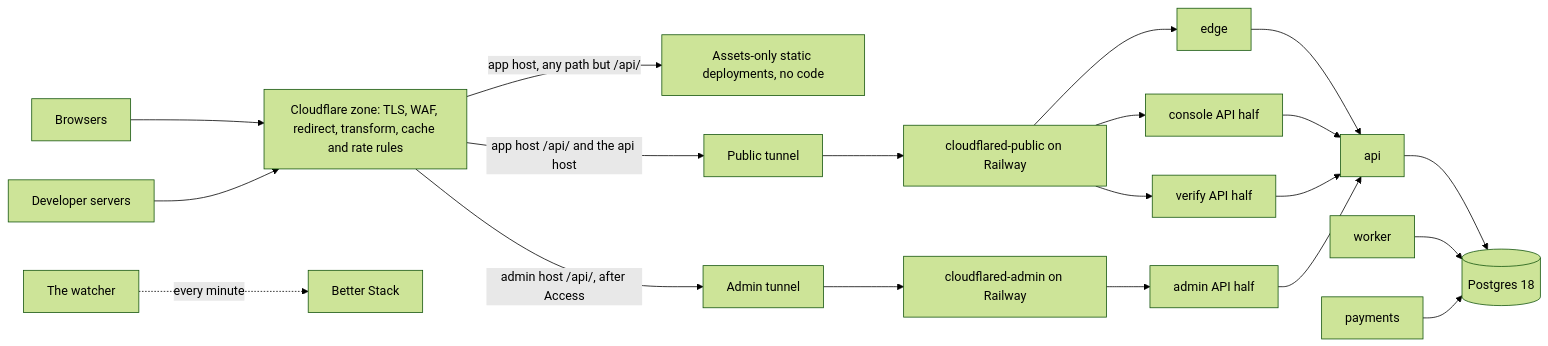
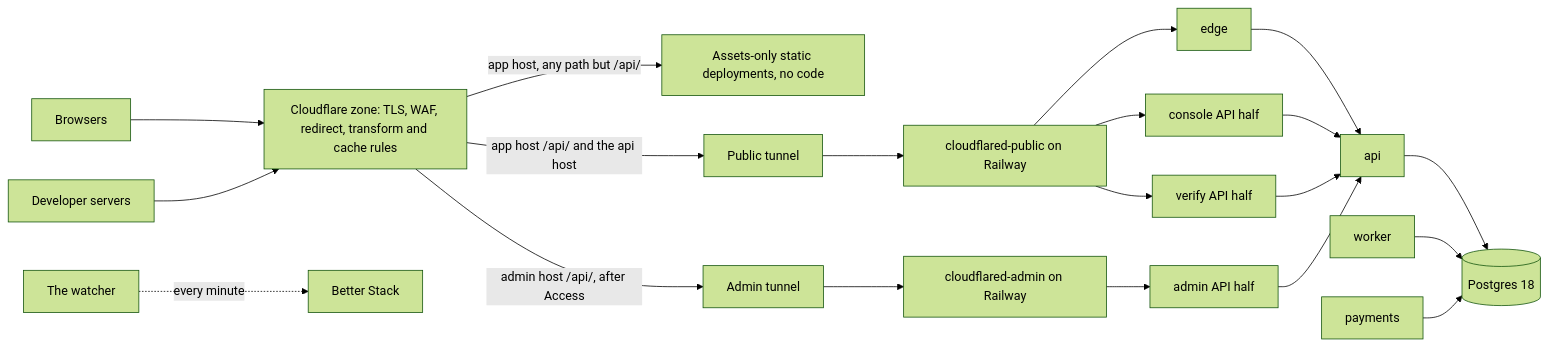
Before and after one commit to AktharAzif/fin-next: the diagram in docs/plan/specs/01-phase0-platform.md, drawn with Mermaid (forest theme). The commit also changed other lines of this file and 13 other files, not shown here.

````diff
--- a/docs/plan/specs/01-phase0-platform.md
+++ b/docs/plan/specs/01-phase0-platform.md
@@ -147,22 +183,22 @@
 ```mermaid
 flowchart LR
-  BRW["Browsers"] --> ZONE["Cloudflare zone: TLS, WAF, redirect, transform, cache and rate rules"]
+  BRW["Browsers"] --> ZONE["Cloudflare zone: TLS, WAF, redirect, transform and cache rules"]
   DEV["Developer servers"] --> ZONE
   ZONE -->|"app host, any path but /api/"| STATIC["Assets-only static deployments, no code"]
   ZONE -->|"app host /api/ and the api host"| TPUB["Public tunnel"]
   ZONE -->|"admin host /api/, after Access"| TADM["Admin tunnel"]
   TPUB --> CPUB["cloudflared-public on Railway"]
   TADM --> CADM["cloudflared-admin on Railway"]
   CPUB --> EDGE["edge"]
   CPUB --> CON["console API half"]
   CPUB --> VER["verify API half"]
   CADM --> ADM["admin API half"]
   EDGE --> API["api"]
   CON --> API
   VER --> API
   ADM --> API
   API --> PG[("Postgres 18")]
   WRK["worker"] --> PG
   PAY["payments"] --> PG
   WAT["The watcher"] -.->|"every minute"| BS["Better Stack"]
 ```
````
